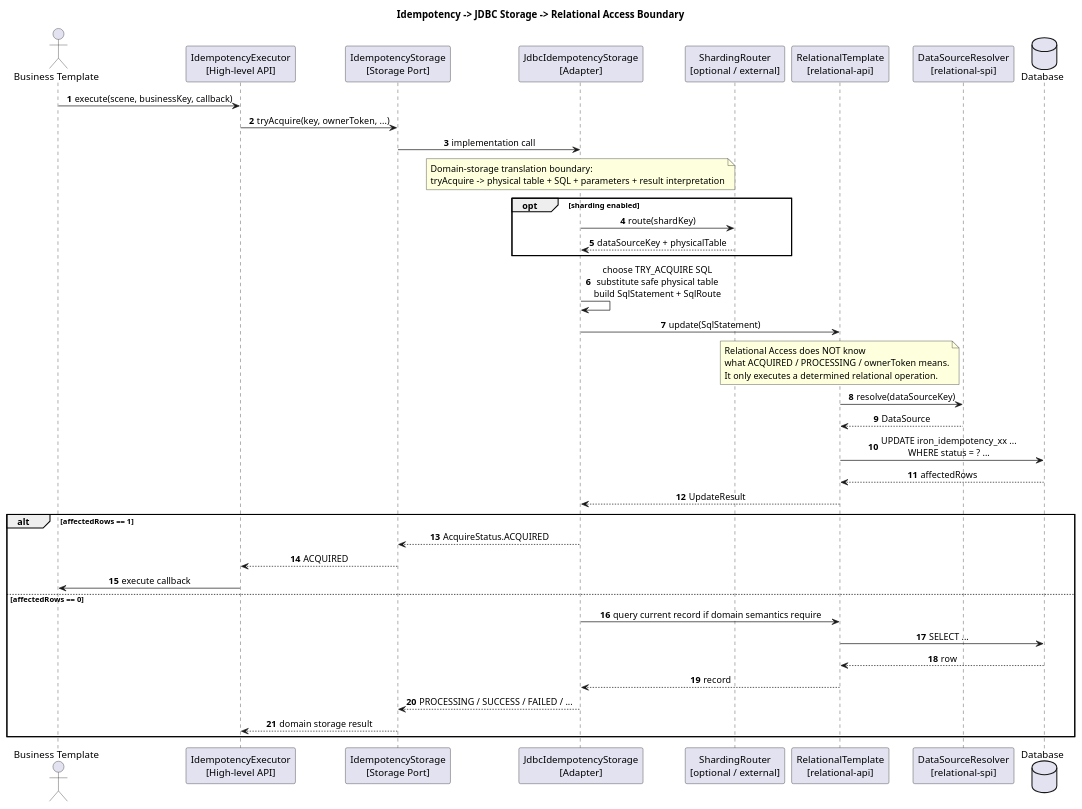
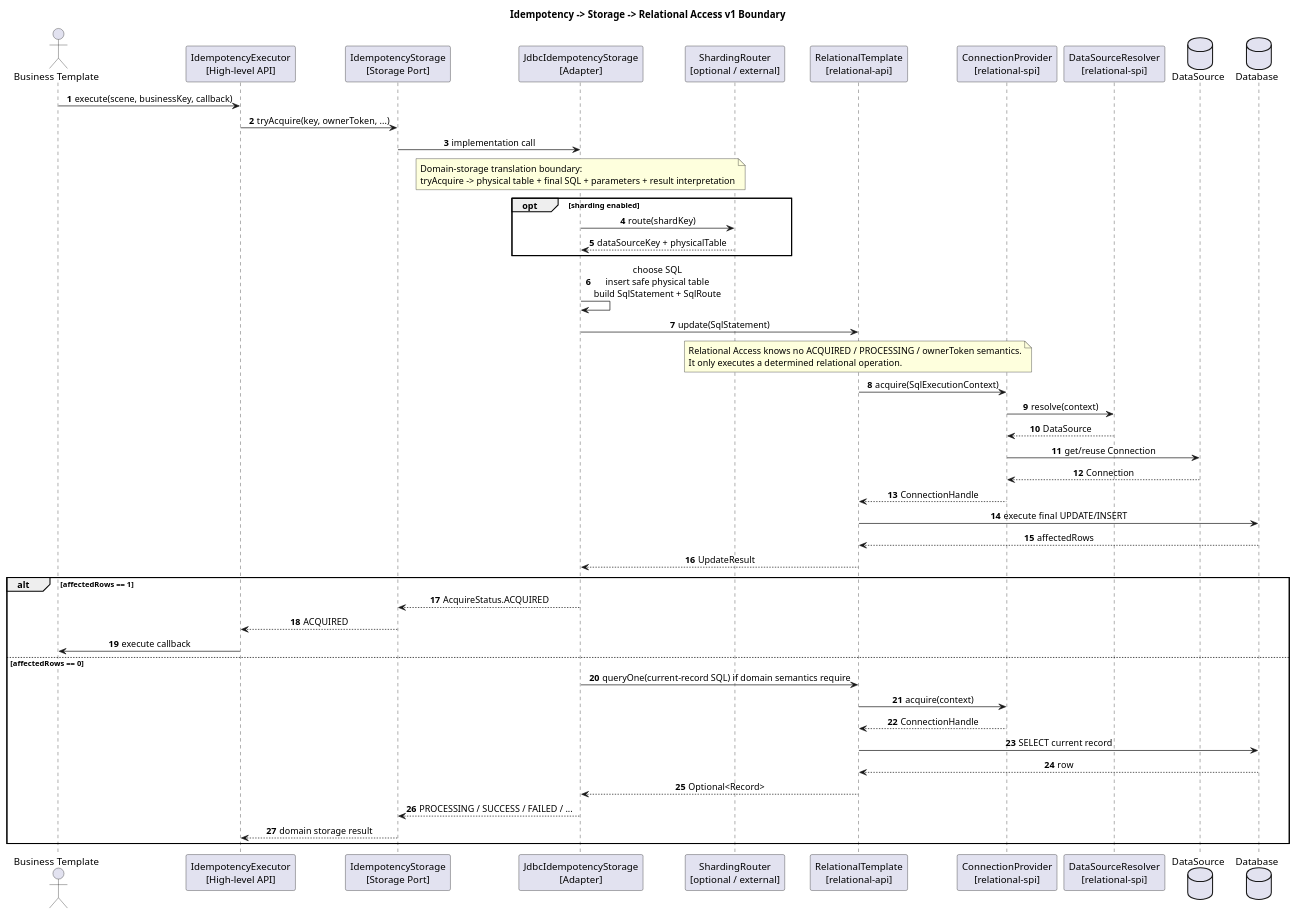
Before and after one commit to pbxjtumse/cola-web-standard: the diagram in component/relational-access-component/docs/sequence/01-idempotency-storage-flow.puml, drawn with PlantUML. The commit also changed 4 other files, not shown here.

Commit message:
docs(relational-access): remove stale design-only references

```diff
--- a/component/relational-access-component/docs/sequence/01-idempotency-storage-flow.puml
+++ b/component/relational-access-component/docs/sequence/01-idempotency-storage-flow.puml
@@ -1,59 +1,66 @@
 @startuml
-title Idempotency -> JDBC Storage -> Relational Access Boundary
+title Idempotency -> Storage -> Relational Access v1 Boundary
 
 autonumber
 skinparam shadowing false
 skinparam sequenceMessageAlign center
 
 actor "Business Template" as Business
 participant "IdempotencyExecutor\n[High-level API]" as Executor
 participant "IdempotencyStorage\n[Storage Port]" as StoragePort
 participant "JdbcIdempotencyStorage\n[Adapter]" as JdbcStorage
 participant "ShardingRouter\n[optional / external]" as Router
 participant "RelationalTemplate\n[relational-api]" as RT
+participant "ConnectionProvider\n[relational-spi]" as CP
 participant "DataSourceResolver\n[relational-spi]" as DSR
+database DataSource as DS
 database Database as DB
 
 Business -> Executor : execute(scene, businessKey, callback)
 Executor -> StoragePort : tryAcquire(key, ownerToken, ...)
 StoragePort -> JdbcStorage : implementation call
 
 note over JdbcStorage
 Domain-storage translation boundary:
-tryAcquire -> physical table + SQL + parameters + result interpretation
+tryAcquire -> physical table + final SQL + parameters + result interpretation
 end note
 
 opt sharding enabled
   JdbcStorage -> Router : route(shardKey)
   Router --> JdbcStorage : dataSourceKey + physicalTable
 end
 
-JdbcStorage -> JdbcStorage : choose TRY_ACQUIRE SQL\nsubstitute safe physical table\nbuild SqlStatement + SqlRoute
+JdbcStorage -> JdbcStorage : choose SQL\ninsert safe physical table\nbuild SqlStatement + SqlRoute
 JdbcStorage -> RT : update(SqlStatement)
 
 note over RT
-Relational Access does NOT know
-what ACQUIRED / PROCESSING / ownerToken means.
+Relational Access knows no ACQUIRED / PROCESSING / ownerToken semantics.
 It only executes a determined relational operation.
 end note
 
-RT -> DSR : resolve(dataSourceKey)
-DSR --> RT : DataSource
-RT -> DB : UPDATE iron_idempotency_xx ...\nWHERE status = ? ...
+RT -> CP : acquire(SqlExecutionContext)
+CP -> DSR : resolve(context)
+DSR --> CP : DataSource
+CP -> DS : get/reuse Connection
+DS --> CP : Connection
+CP --> RT : ConnectionHandle
+RT -> DB : execute final UPDATE/INSERT
 DB --> RT : affectedRows
 RT --> JdbcStorage : UpdateResult
 
 alt affectedRows == 1
   JdbcStorage --> StoragePort : AcquireStatus.ACQUIRED
   StoragePort --> Executor : ACQUIRED
   Executor -> Business : execute callback
 else affectedRows == 0
-  JdbcStorage -> RT : query current record if domain semantics require
-  RT -> DB : SELECT ...
+  JdbcStorage -> RT : queryOne(current-record SQL) if domain semantics require
+  RT -> CP : acquire(context)
+  CP --> RT : ConnectionHandle
+  RT -> DB : SELECT current record
   DB --> RT : row
-  RT --> JdbcStorage : record
+  RT --> JdbcStorage : Optional<Record>
   JdbcStorage --> StoragePort : PROCESSING / SUCCESS / FAILED / ...
   StoragePort --> Executor : domain storage result
 end
 
 @enduml
```
